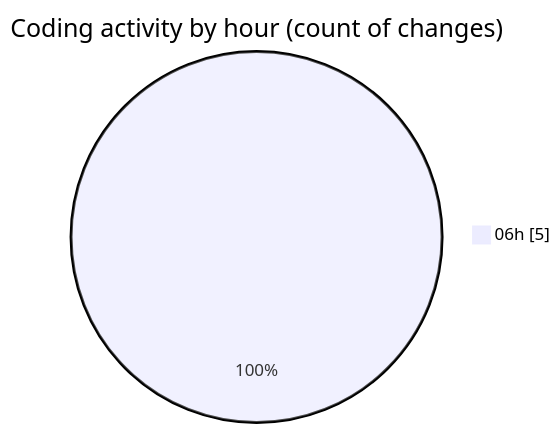
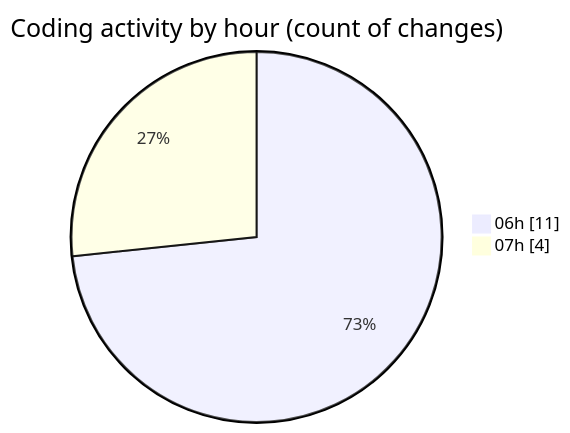
The second of 2 diagrams in 2025-01-22/mbc-web/README.md (robertbonfada/code-tracking), drawn with Mermaid before and after one commit. The commit also changed other lines of this file and 1 other file, not shown here.

````diff
--- a/2025-01-22/mbc-web/README.md
+++ b/2025-01-22/mbc-web/README.md
@@ -32,5 +32,6 @@
 ```mermaid
 pie showData
 title Coding activity by hour (count of changes)
-"06h" : 5
+"06h" : 11
+"07h" : 4
 ```
````
